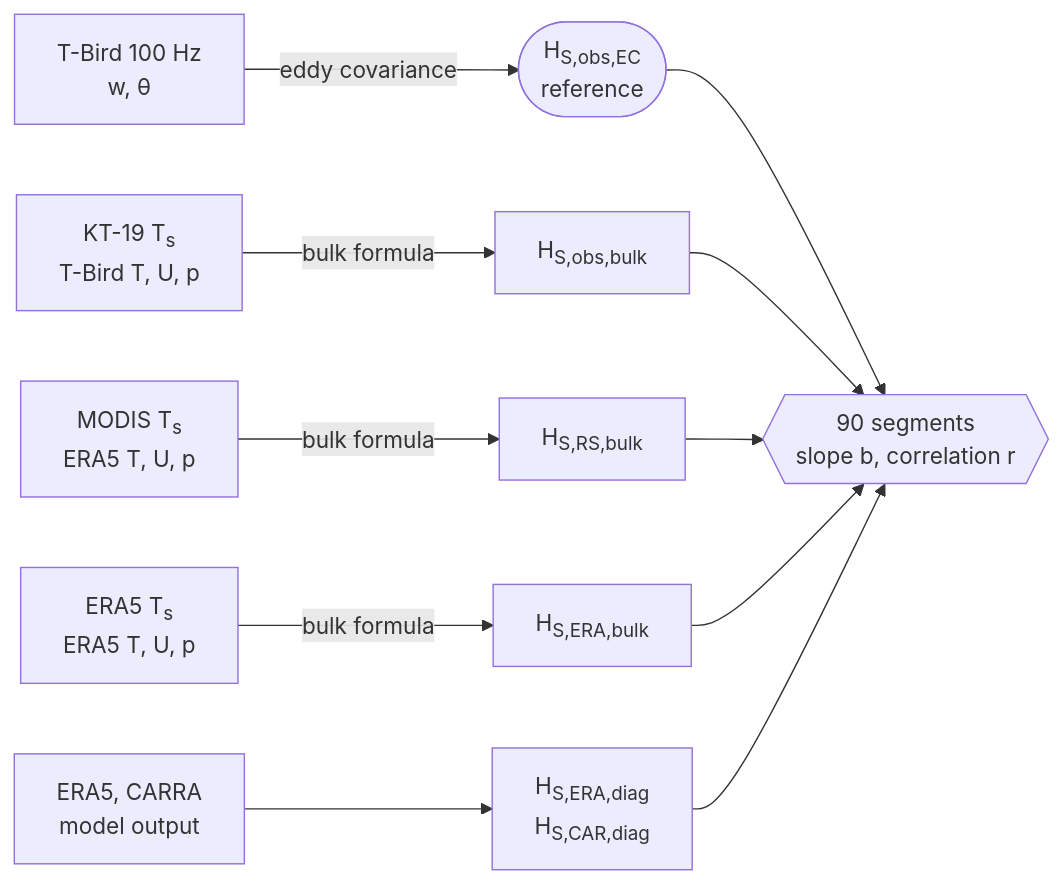
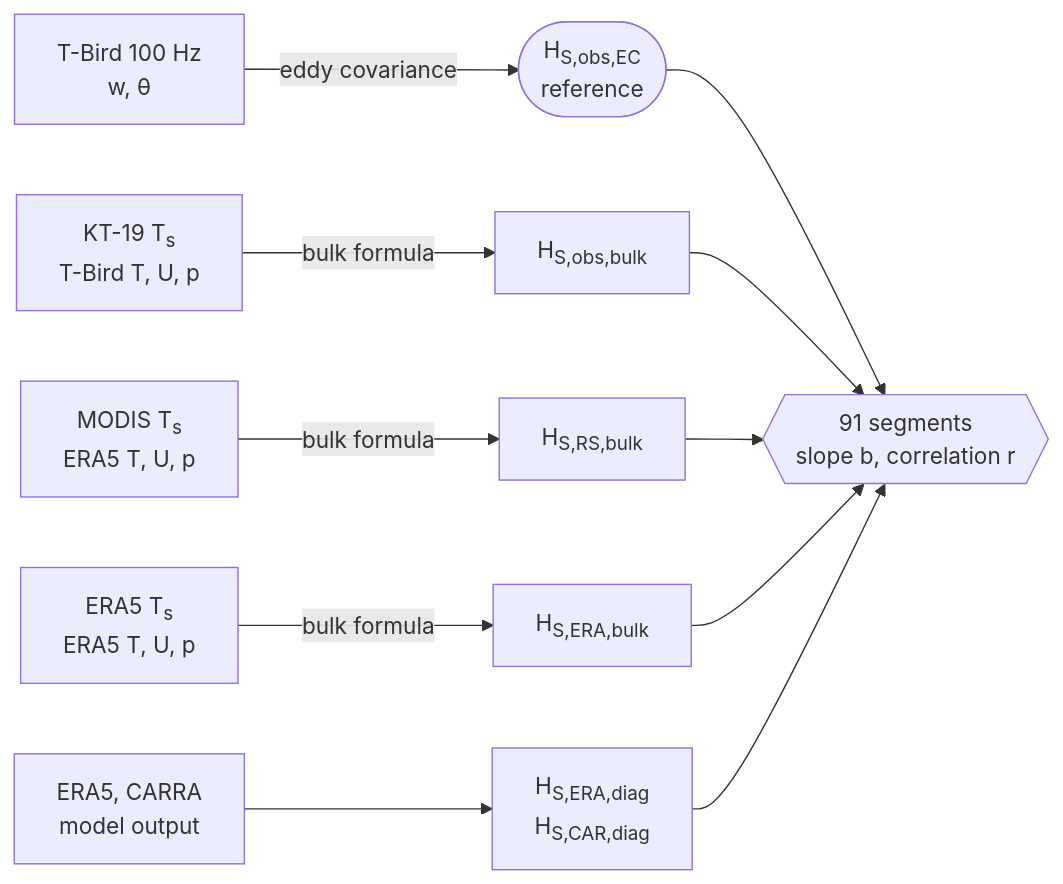
The diagram in docs/index.md (FranzFlink/bacsam2-flux-analysis), drawn with Mermaid before and after one commit. The commit also changed other lines of this file and 40 other files, not shown here.

````diff
--- a/docs/index.md
+++ b/docs/index.md
@@ -46,10 +46,10 @@
 ```mermaid
 flowchart LR
   W["T-Bird 100 Hz<br/>w, θ"] -->|eddy covariance| EC(["H<sub>S,obs,EC</sub><br/>reference"])
   I["KT-19 T<sub>s</sub><br/>T-Bird T, U, p"] -->|bulk formula| OB["H<sub>S,obs,bulk</sub>"]
   M["MODIS T<sub>s</sub><br/>ERA5 T, U, p"] -->|bulk formula| RS["H<sub>S,RS,bulk</sub>"]
   E["ERA5 T<sub>s</sub><br/>ERA5 T, U, p"] -->|bulk formula| ER["H<sub>S,ERA,bulk</sub>"]
   D["ERA5, CARRA<br/>model output"] --> DG["H<sub>S,ERA,diag</sub><br/>H<sub>S,CAR,diag</sub>"]
-  EC --> C{{"90 segments<br/>slope b, correlation r"}}
+  EC --> C{{"91 segments<br/>slope b, correlation r"}}
   OB & RS & ER & DG --> C
 ```
````
